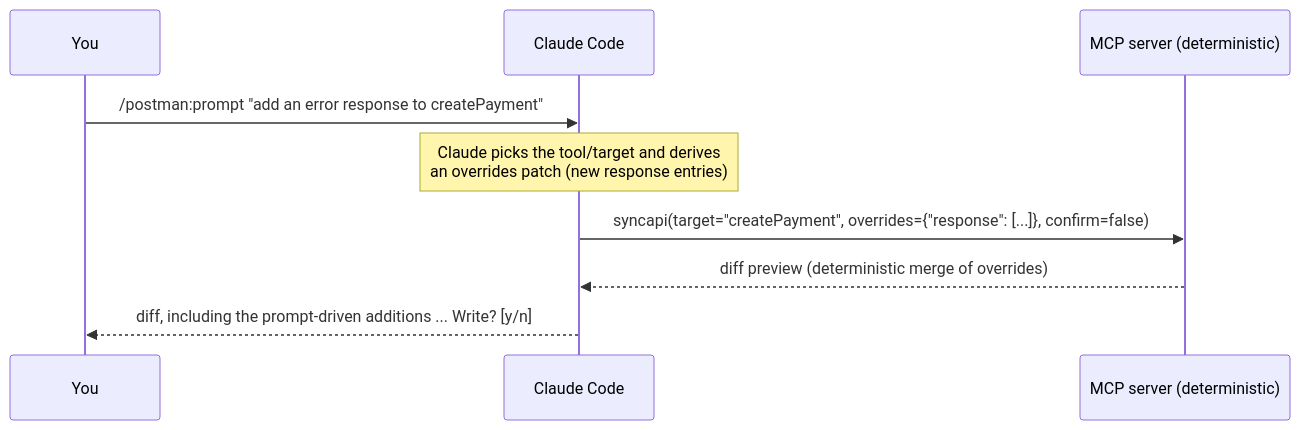
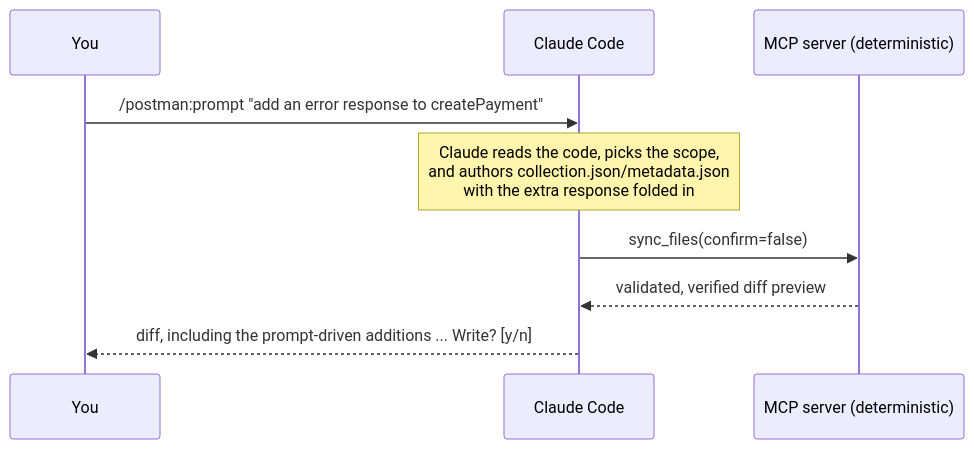
Before and after one commit to logesh-works/postman-mcp: the second of 3 diagrams in docs/architecture/overview.md, drawn with Mermaid. The commit also changed other lines of this file and 129 other files, not shown here.

````diff
--- a/docs/architecture/overview.md
+++ b/docs/architecture/overview.md
@@ -69,11 +89,11 @@
 ```mermaid
 sequenceDiagram
     participant You
     participant CC as Claude Code
     participant S as MCP server (deterministic)
     You->>CC: /postman:prompt "add an error response to createPayment"
-    Note over CC: Claude picks the tool/target and derives<br/>an overrides patch (new response entries)
-    CC->>S: syncapi(target="createPayment", overrides={"response": [...]}, confirm=false)
-    S-->>CC: diff preview (deterministic merge of overrides)
+    Note over CC: Claude reads the code, picks the scope,<br/>and authors collection.json/metadata.json<br/>with the extra response folded in
+    CC->>S: sync_files(confirm=false)
+    S-->>CC: validated, verified diff preview
     CC-->>You: diff, including the prompt-driven additions ... Write? [y/n]
 ```
````
